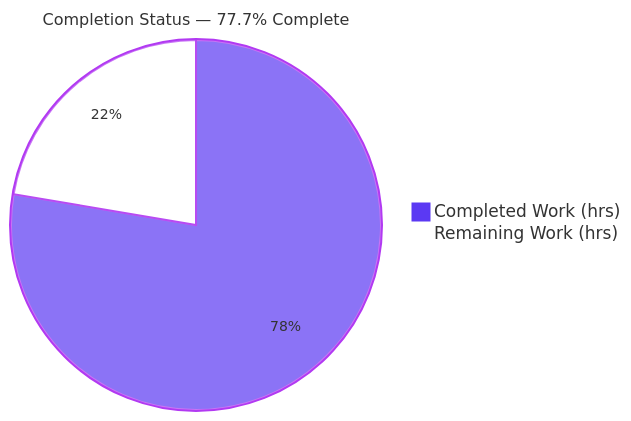
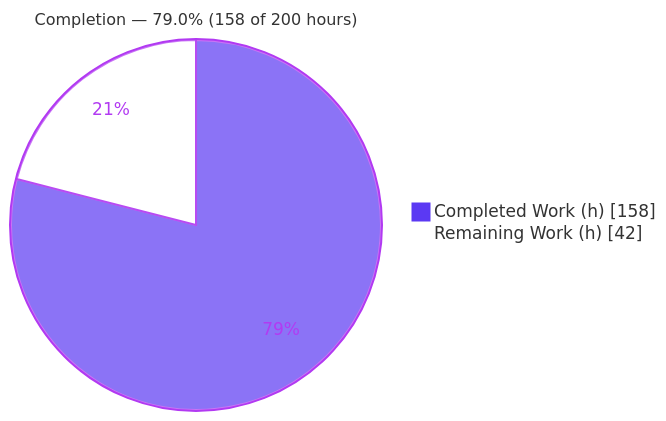
The first of 3 diagrams in blitzy/documentation/Project Guide.md (blitzy-public-samples/aws-carddemo-blitzy), drawn with Mermaid before and after one commit. The commit also changed other lines of this file, not shown here.

Commit message:
Adding Blitzy Project Guide: Project Status and Human Tasks Remaining

````diff
--- a/blitzy/documentation/Project Guide.md
+++ b/blitzy/documentation/Project Guide.md
@@ -21,6 +17,6 @@
 ```mermaid
-%%{init: {'theme':'base', 'themeVariables': {'pie1':'#5B39F3','pie2':'#FFFFFF','pieStrokeColor':'#B23AF2','pieStrokeWidth':'2px','pieOuterStrokeColor':'#B23AF2','pieTitleTextSize':'16px','pieSectionTextSize':'14px'}}}%%
-pie title Completion Status — 77.7% Complete
-    "Completed Work (hrs)" : 146
-    "Remaining Work (hrs)" : 42
+%%{init: {'theme':'base','themeVariables':{'pie1':'#5B39F3','pie2':'#FFFFFF','pieStrokeColor':'#B23AF2','pieStrokeWidth':'2px','pieTitleTextSize':'16px','pieSectionTextColor':'#B23AF2','pieOuterStrokeColor':'#B23AF2'}}}%%
+pie showData title Completion — 79.0% (158 of 200 hours)
+    "Completed Work (h)" : 158
+    "Remaining Work (h)" : 42
 ```
````
